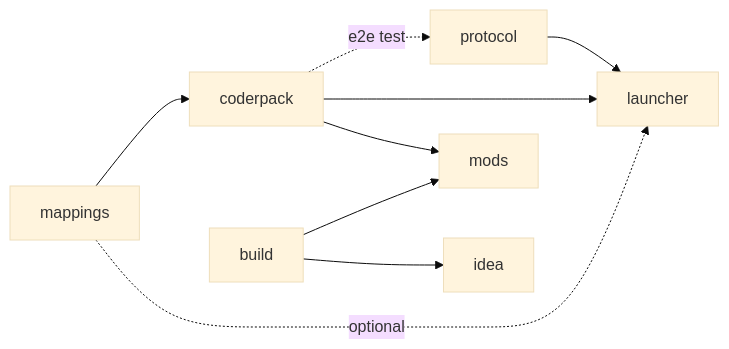
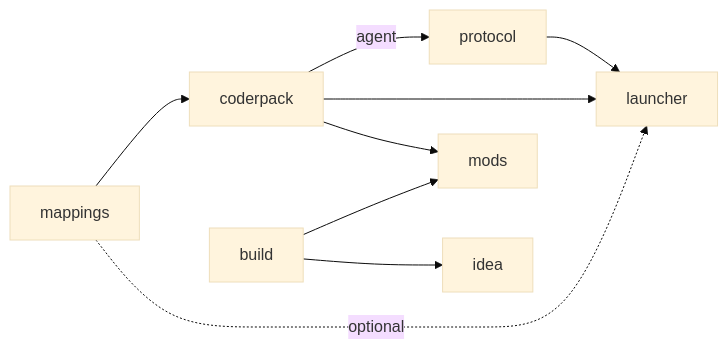
The diagram in README.EN.md (ancaria-dev/.github), drawn with Mermaid (base theme) before and after one commit. The commit also changed other lines of this file and 2 other files, not shown here.

````diff
--- a/README.EN.md
+++ b/README.EN.md
@@ -51,11 +51,11 @@
 ```mermaid
 graph LR
     mappings --> coderpack
-    coderpack -.->|e2e test| protocol
+    coderpack -->|agent| protocol
     coderpack --> launcher
     protocol --> launcher
     mappings -.->|optional| launcher
     build --> mods
     coderpack --> mods
     build --> idea
 ```
````
